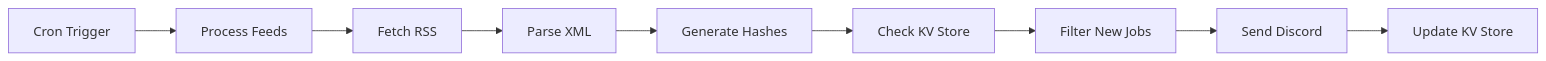
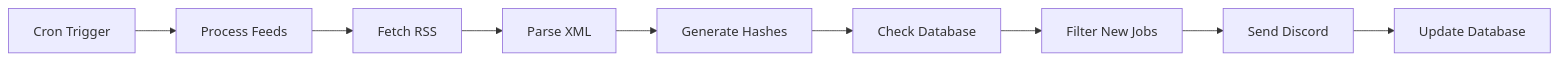
Before and after one commit to ayoubak141/GitJobHunter: the diagram in api/README.md, drawn with Mermaid. The commit also changed other lines of this file and 21 other files, not shown here.

````diff
--- a/api/README.md
+++ b/api/README.md
@@ -188,11 +188,11 @@
 ```mermaid
 graph LR
     A[Cron Trigger] --> B[Process Feeds]
     B --> C[Fetch RSS]
     C --> D[Parse XML]
     D --> E[Generate Hashes]
-    E --> F[Check KV Store]
+    E --> F[Check Database]
     F --> G[Filter New Jobs]
     G --> H[Send Discord]
-    H --> I[Update KV Store]
+    H --> I[Update Database]
 ```
````
